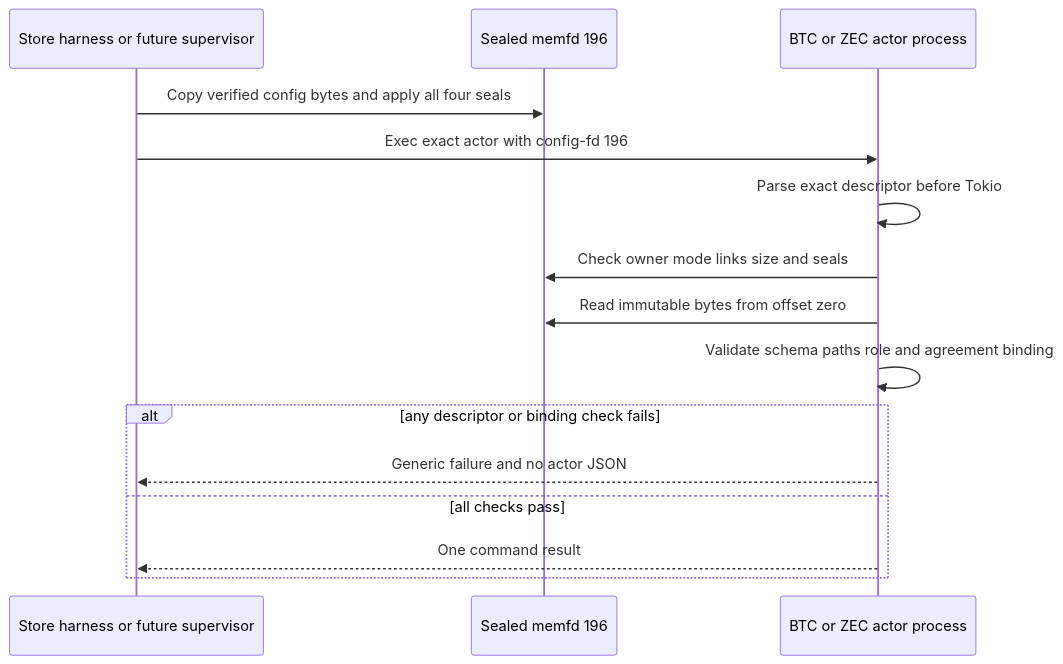
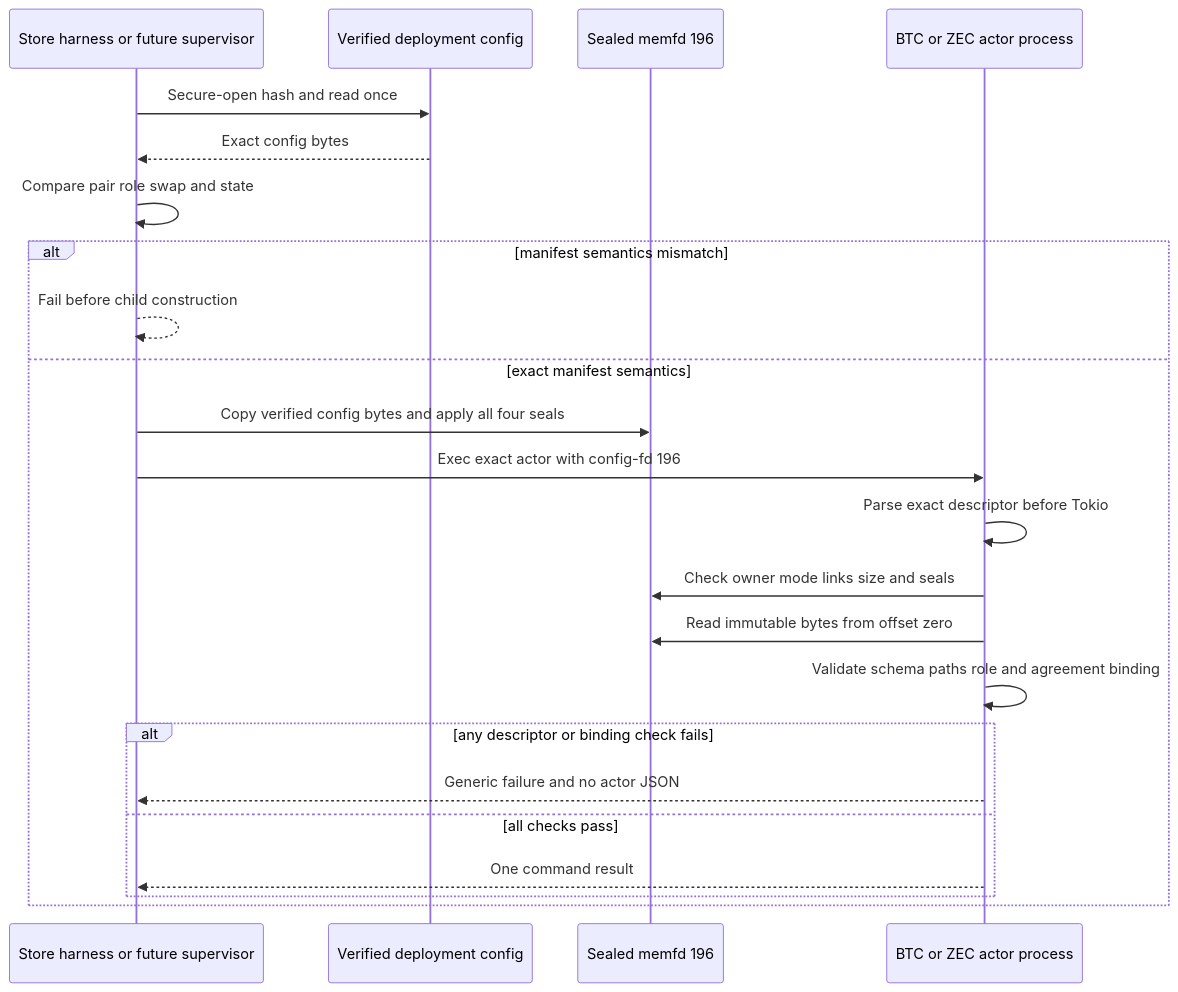
Before and after one commit to gateway-fm/lez-atomic-swaps: the second of 4 diagrams in docs/architecture/0100-fence-maker-actor-process-leases.md, drawn with Mermaid. The commit also changed other lines of this file and 16 other files, not shown here.

````diff
--- a/docs/architecture/0100-fence-maker-actor-process-leases.md
+++ b/docs/architecture/0100-fence-maker-actor-process-leases.md
@@ -144,17 +147,25 @@
 ```mermaid
 sequenceDiagram
     participant S as Store harness or future supervisor
+    participant F as Verified deployment config
     participant M as Sealed memfd 196
     participant A as BTC or ZEC actor process
+    S->>F: Secure-open hash and read once
+    F-->>S: Exact config bytes
+    S->>S: Compare pair role swap and state
+    alt manifest semantics mismatch
+        S-->>S: Fail before child construction
+    else exact manifest semantics
     S->>M: Copy verified config bytes and apply all four seals
     S->>A: Exec exact actor with config-fd 196
     A->>A: Parse exact descriptor before Tokio
     A->>M: Check owner mode links size and seals
     A->>M: Read immutable bytes from offset zero
     A->>A: Validate schema paths role and agreement binding
     alt any descriptor or binding check fails
         A-->>S: Generic failure and no actor JSON
     else all checks pass
         A-->>S: One command result
     end
+    end
 ```
````
